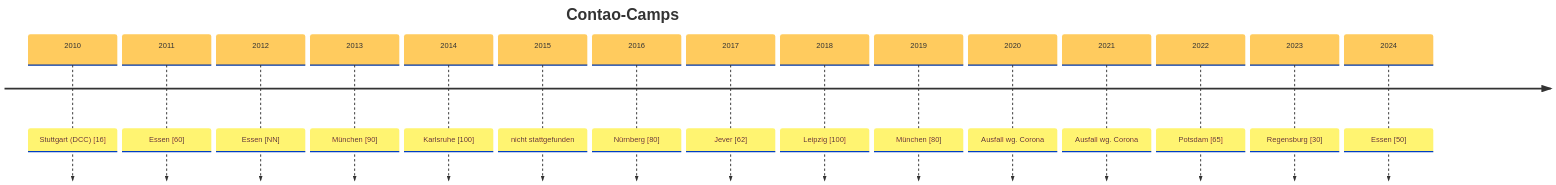
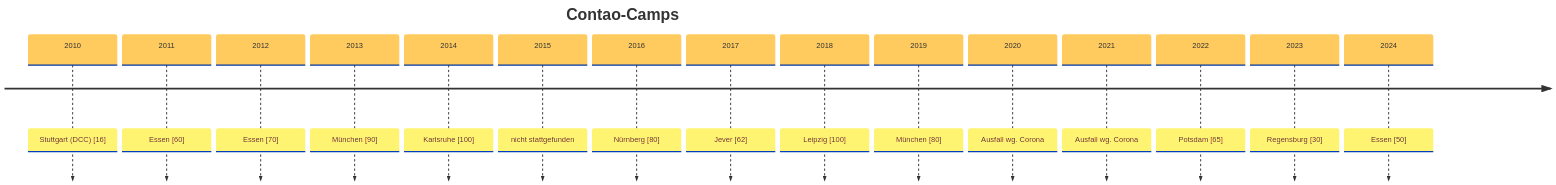
The diagram in README.md (contao-community-alliance/contao-camps), drawn with Mermaid before and after one commit. The commit also changed 1 other file, not shown here.

Commit message:
Camp 2024

````diff
--- a/README.md
+++ b/README.md
@@ -23,20 +23,20 @@
 ```mermaid
 %%{init: { 'logLevel': 'debug', 'theme': 'base', 'timeline': {'disableMulticolor': true}}}%%
     timeline
         title Contao-Camps
         2010 : Stuttgart (DCC) [16]
         2011 : Essen [60]
-        2012 : Essen [NN]
+        2012 : Essen [70]
         2013 : München [90]
         2014 : Karlsruhe [100]
         2015 : nicht stattgefunden
         2016 : Nürnberg [80]
         2017 : Jever [62]
         2018 : Leipzig [100]
         2019 : München [80]
         2020 : Ausfall wg. Corona
         2021 : Ausfall wg. Corona
         2022 : Potsdam [65]
         2023 : Regensburg [30]
         2024 : Essen [50]
 ```
````
